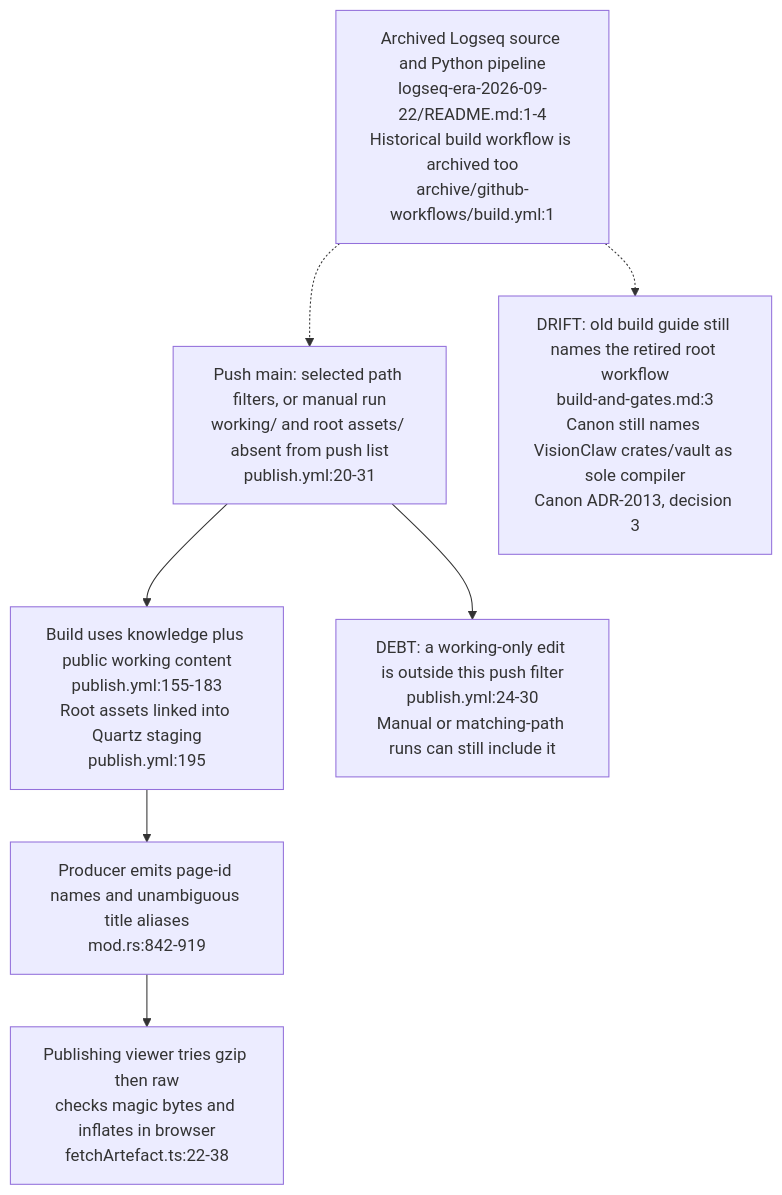
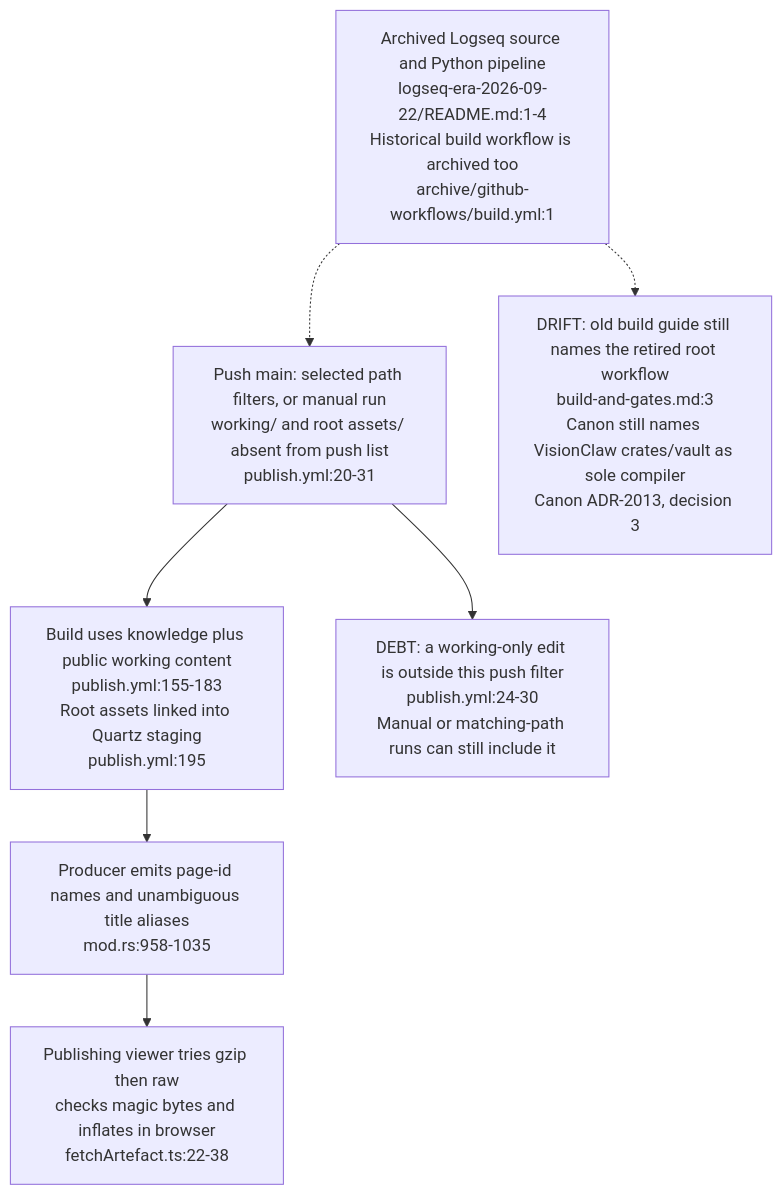
Before and after one commit to DreamLab-AI/VisionFlow: the second of 2 diagrams in docs/diagrams/knowledgegraph/05-ci-cd-and-publish.md, drawn with Mermaid. The commit also changed other lines of this file and 154 other files, not shown here.

First line of the commit message:
docs(diagrams): re-stamp 154 topics whose every citation still reads the same text at the current heads

````diff
--- a/docs/diagrams/knowledgegraph/05-ci-cd-and-publish.md
+++ b/docs/diagrams/knowledgegraph/05-ci-cd-and-publish.md
@@ -61,14 +61,14 @@
 ```mermaid
 flowchart TB
     OLD["Archived Logseq source and Python pipeline<br/>logseq-era-2026-09-22/README.md:1-4<br/>Historical build workflow is archived too<br/>archive/github-workflows/build.yml:1"]
     TRIG["Push main: selected path filters, or manual run<br/>working/ and root assets/ absent from push list<br/>publish.yml:20-31"]
     BUILD["Build uses knowledge plus public working content<br/>publish.yml:155-183<br/>Root assets linked into Quartz staging<br/>publish.yml:195"]
-    MIRROR["Producer emits page-id names and unambiguous title aliases<br/>mod.rs:842-919"]
+    MIRROR["Producer emits page-id names and unambiguous title aliases<br/>mod.rs:958-1035"]
     FETCH["Publishing viewer tries gzip then raw<br/>checks magic bytes and inflates in browser<br/>fetchArtefact.ts:22-38"]
     OLD -.-> TRIG --> BUILD --> MIRROR --> FETCH
     DRIFT["DRIFT: old build guide still names the retired root workflow<br/>build-and-gates.md:3<br/>Canon still names VisionClaw crates/vault as sole compiler<br/>Canon ADR-2013, decision 3"]
     %% DRIFT source: ADR-2013-sovereign-corpus-is-ecosystem-canon.md:52-58
     OLD -.-> DRIFT
     GAP["DEBT: a working-only edit is outside this push filter<br/>publish.yml:24-30<br/>Manual or matching-path runs can still include it"]
     TRIG --> GAP
 ```
````
